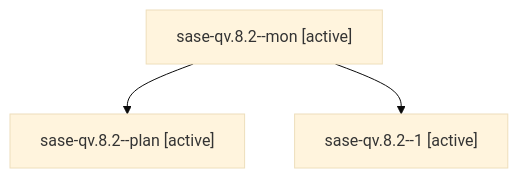
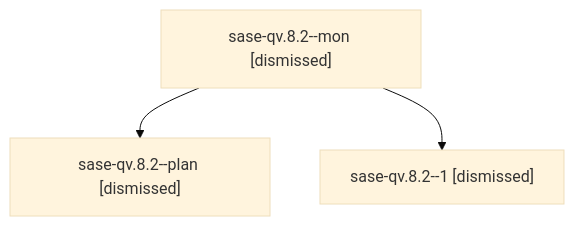
One commit to sase-org/sase--agents changed the diagram in sessions/bbugyi200.athena.sase-qv.8.2.md. Above: the diagram before and after it, drawn with Mermaid (base theme). The commit also changed other lines of this file and 112 other files, not shown here.

````diff
--- a/sessions/bbugyi200.athena.sase-qv.8.2.md
+++ b/sessions/bbugyi200.athena.sase-qv.8.2.md
@@ -9,8 +9,8 @@
 ```mermaid
 flowchart TD
-  n0["sase-qv.8.2--mon [active]"]
-  n1["sase-qv.8.2--plan [active]"]
+  n0["sase-qv.8.2--mon [dismissed]"]
+  n1["sase-qv.8.2--plan [dismissed]"]
   n0 --> n1
-  n2["sase-qv.8.2--1 [active]"]
+  n2["sase-qv.8.2--1 [dismissed]"]
   n0 --> n2
 ```
````
